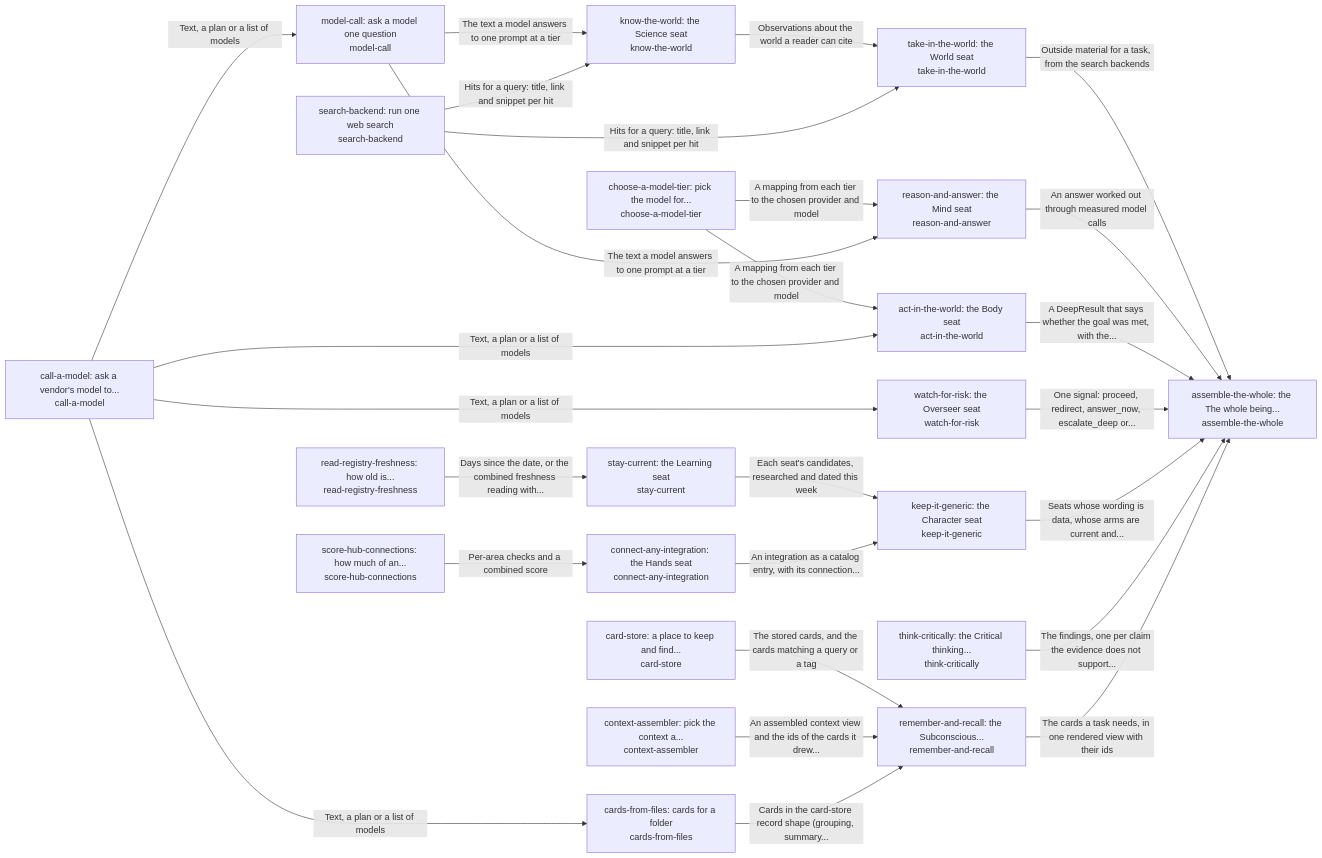
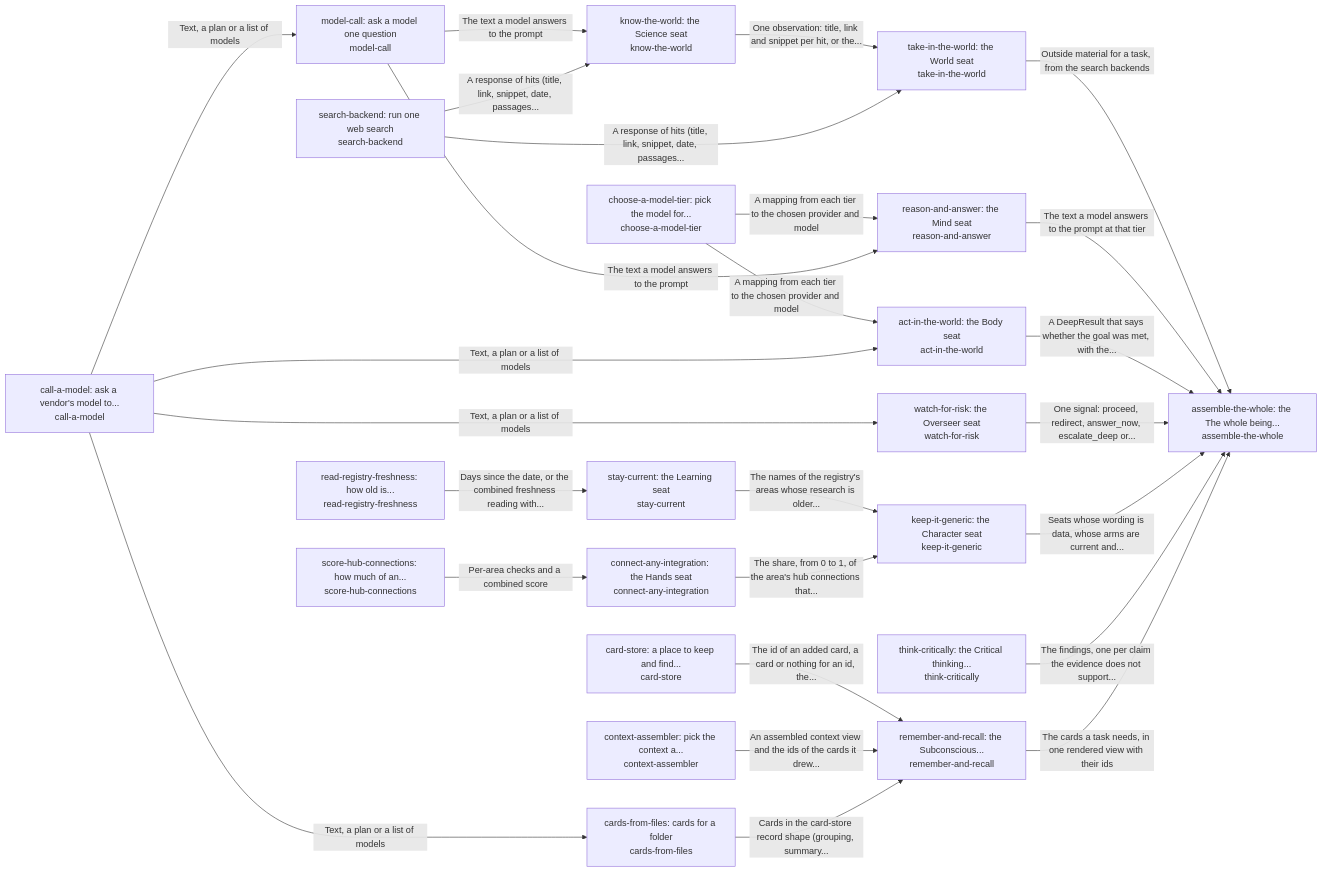
One commit to SpiritualData/ai-hub-of-hubs-structure changed the diagram in esoi/README.md. Above: the diagram before and after it, drawn with Mermaid. The commit also changed 8 other files, not shown here.

````diff
--- a/esoi/README.md
+++ b/esoi/README.md
@@ -17,48 +17,48 @@
 ```mermaid
 flowchart LR
     s0["take-in-the-world: the World seat<br/>take-in-the-world"]
     s1["reason-and-answer: the Mind seat<br/>reason-and-answer"]
     s2["choose-a-model-tier: pick the model for...<br/>choose-a-model-tier"]
     s3["know-the-world: the Science seat<br/>know-the-world"]
     s4["act-in-the-world: the Body seat<br/>act-in-the-world"]
     s5["watch-for-risk: the Overseer seat<br/>watch-for-risk"]
     s6["assemble-the-whole: the The whole being...<br/>assemble-the-whole"]
     s7["stay-current: the Learning seat<br/>stay-current"]
     s8["read-registry-freshness: how old is...<br/>read-registry-freshness"]
     s9["keep-it-generic: the Character seat<br/>keep-it-generic"]
     s10["connect-any-integration: the Hands seat<br/>connect-any-integration"]
     s11["score-hub-connections: how much of an...<br/>score-hub-connections"]
     s12["card-store: a place to keep and find...<br/>card-store"]
     s13["think-critically: the Critical thinking...<br/>think-critically"]
     s14["model-call: ask a model one question<br/>model-call"]
     s15["call-a-model: ask a vendor's model to...<br/>call-a-model"]
     s16["remember-and-recall: the Subconscious...<br/>remember-and-recall"]
     s17["context-assembler: pick the context a...<br/>context-assembler"]
     s18["cards-from-files: cards for a folder<br/>cards-from-files"]
     s19["search-backend: run one web search<br/>search-backend"]
     s0 -->|"Outside material for a task, from the search backends"| s6
-    s1 -->|"An answer worked out through measured model calls"| s6
+    s1 -->|"The text a model answers to the prompt at that tier"| s6
     s2 -->|"A mapping from each tier to the chosen provider and model"| s1
     s2 -->|"A mapping from each tier to the chosen provider and model"| s4
-    s3 -->|"Observations about the world a reader can cite"| s0
+    s3 -->|"One observation: title, link and snippet per hit, or the..."| s0
     s4 -->|"A DeepResult that says whether the goal was met, with the..."| s6
     s5 -->|"One signal: proceed, redirect, answer_now, escalate_deep or..."| s6
-    s7 -->|"Each seat's candidates, researched and dated this week"| s9
+    s7 -->|"The names of the registry's areas whose research is older..."| s9
     s8 -->|"Days since the date, or the combined freshness reading with..."| s7
     s9 -->|"Seats whose wording is data, whose arms are current and..."| s6
-    s10 -->|"An integration as a catalog entry, with its connection..."| s9
+    s10 -->|"The share, from 0 to 1, of the area's hub connections that..."| s9
     s11 -->|"Per-area checks and a combined score"| s10
-    s12 -->|"The stored cards, and the cards matching a query or a tag"| s16
+    s12 -->|"The id of an added card, a card or nothing for an id, the..."| s16
     s13 -->|"The findings, one per claim the evidence does not support..."| s6
-    s14 -->|"The text a model answers to one prompt at a tier"| s1
-    s14 -->|"The text a model answers to one prompt at a tier"| s3
+    s14 -->|"The text a model answers to the prompt"| s1
+    s14 -->|"The text a model answers to the prompt"| s3
     s15 -->|"Text, a plan or a list of models"| s4
     s15 -->|"Text, a plan or a list of models"| s5
     s15 -->|"Text, a plan or a list of models"| s14
     s15 -->|"Text, a plan or a list of models"| s18
     s16 -->|"The cards a task needs, in one rendered view with their ids"| s6
     s17 -->|"An assembled context view and the ids of the cards it drew..."| s16
     s18 -->|"Cards in the card-store record shape (grouping, summary..."| s16
-    s19 -->|"Hits for a query: title, link and snippet per hit"| s0
-    s19 -->|"Hits for a query: title, link and snippet per hit"| s3
+    s19 -->|"A response of hits (title, link, snippet, date, passages..."| s0
+    s19 -->|"A response of hits (title, link, snippet, date, passages..."| s3
 ```
````
